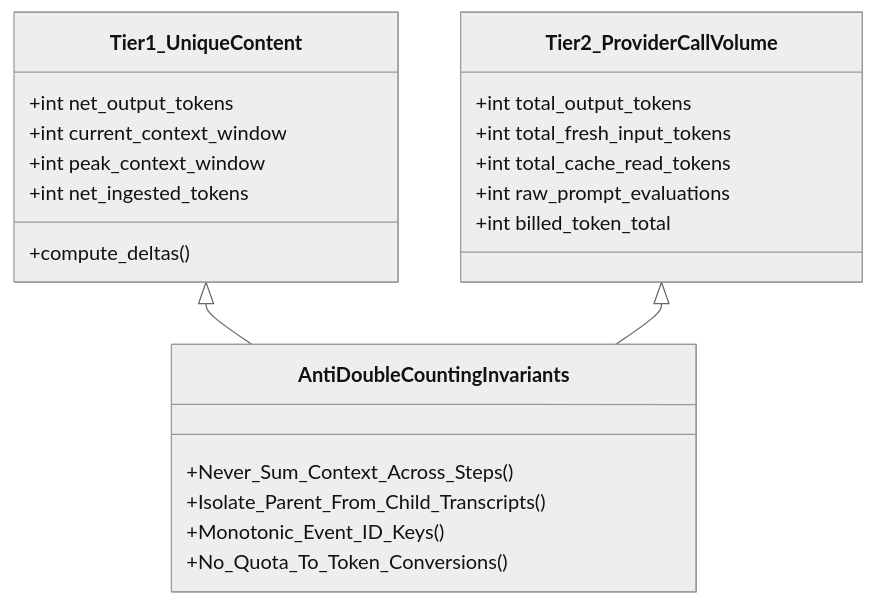
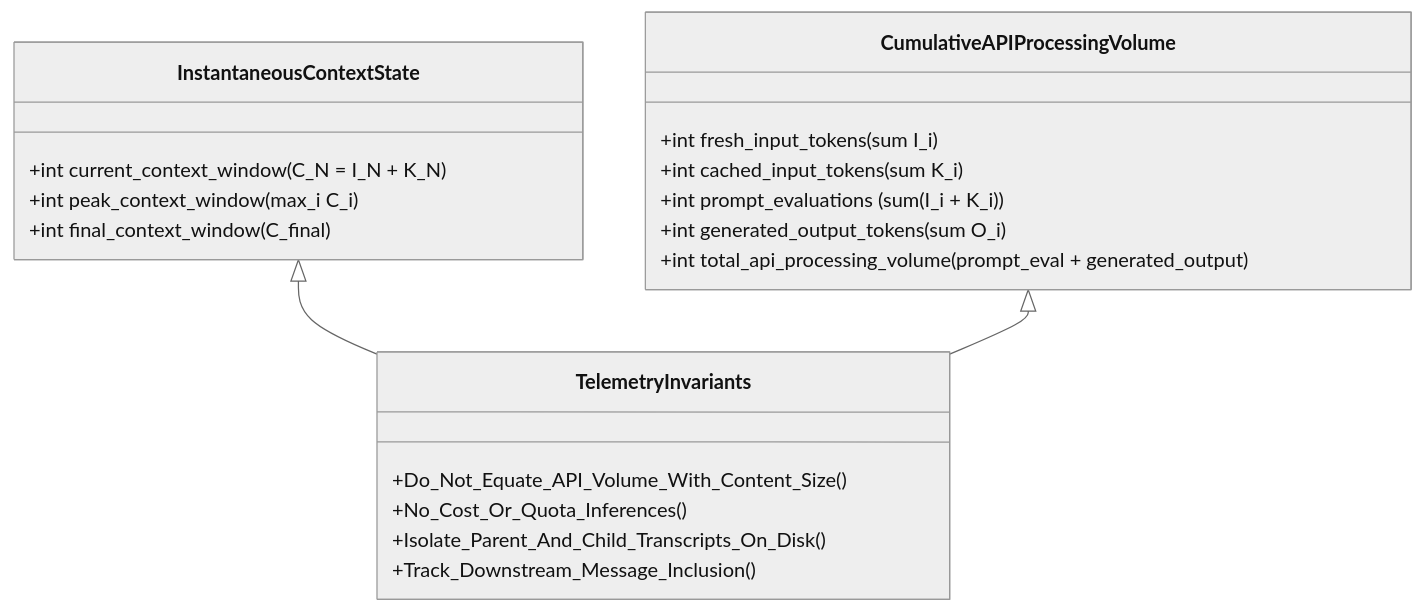
The second of 2 diagrams in research/antigravity/reviews/USAGE-COVERAGE-RECEIPT.md (alexeygrigorev/cloudflare-agent-git), drawn with Mermaid (neutral theme) before and after one commit. The commit also changed other lines of this file and 3 other files, not shown here.

````diff
--- a/research/antigravity/reviews/USAGE-COVERAGE-RECEIPT.md
+++ b/research/antigravity/reviews/USAGE-COVERAGE-RECEIPT.md
@@ -246,25 +273,23 @@
 ```mermaid
 classDiagram
-    class Tier1_UniqueContent {
-        +int net_output_tokens
-        +int current_context_window
-        +int peak_context_window
-        +int net_ingested_tokens
-        +compute_deltas()
+    class InstantaneousContextState {
+        +int current_context_window (C_N = I_N + K_N)
+        +int peak_context_window (max_i C_i)
+        +int final_context_window (C_final)
     }
-    class Tier2_ProviderCallVolume {
-        +int total_output_tokens
-        +int total_fresh_input_tokens
-        +int total_cache_read_tokens
-        +int raw_prompt_evaluations
-        +int billed_token_total
+    class CumulativeAPIProcessingVolume {
+        +int fresh_input_tokens (sum I_i)
+        +int cached_input_tokens (sum K_i)
+        +int prompt_evaluations (sum (I_i + K_i))
+        +int generated_output_tokens (sum O_i)
+        +int total_api_processing_volume (prompt_eval + generated_output)
     }
-    class AntiDoubleCountingInvariants {
-        +Never_Sum_Context_Across_Steps()
-        +Isolate_Parent_From_Child_Transcripts()
-        +Monotonic_Event_ID_Keys()
-        +No_Quota_To_Token_Conversions()
+    class TelemetryInvariants {
+        +Do_Not_Equate_API_Volume_With_Content_Size()
+        +No_Cost_Or_Quota_Inferences()
+        +Isolate_Parent_And_Child_Transcripts_On_Disk()
+        +Track_Downstream_Message_Inclusion()
     }
-    Tier1_UniqueContent <|-- AntiDoubleCountingInvariants
-    Tier2_ProviderCallVolume <|-- AntiDoubleCountingInvariants
+    InstantaneousContextState <|-- TelemetryInvariants
+    CumulativeAPIProcessingVolume <|-- TelemetryInvariants
 ```
````
